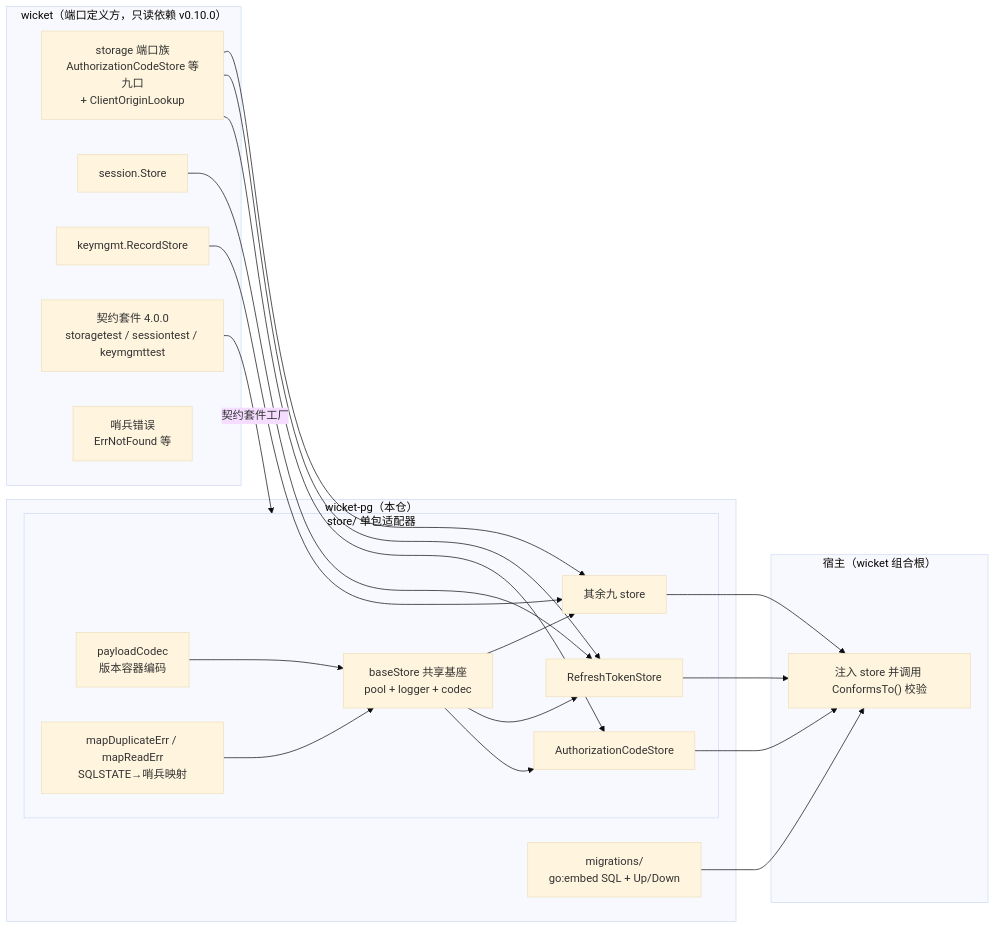
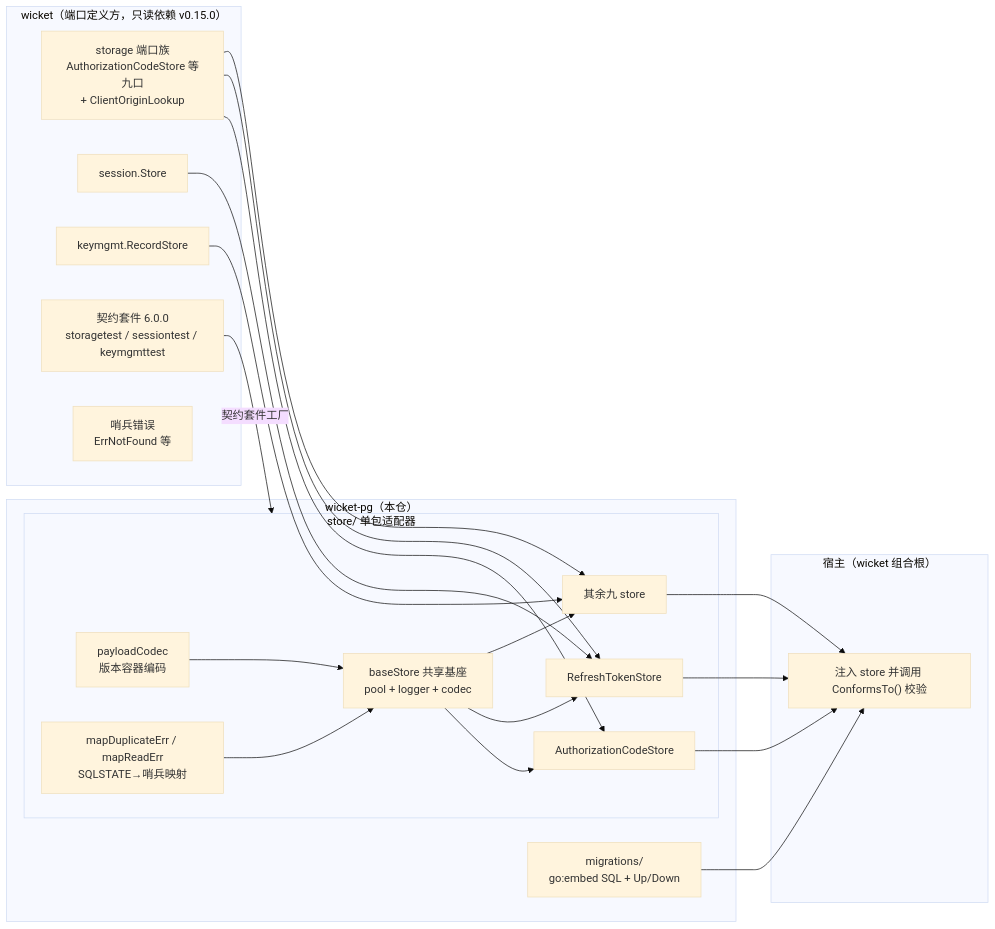
Before and after one commit to gonewx/wicket-pg: the first of 3 diagrams in docs/architecture.md, drawn with Mermaid (base theme). The commit also changed other lines of this file and 12 other files, not shown here.

````diff
--- a/docs/architecture.md
+++ b/docs/architecture.md
@@ -7,36 +7,36 @@
 ```mermaid
 flowchart LR
-    subgraph wicket["wicket（端口定义方，只读依赖 v0.10.0）"]
+    subgraph wicket["wicket（端口定义方，只读依赖 v0.15.0）"]
         P1["storage 端口族<br/>AuthorizationCodeStore 等九口<br/>+ ClientOriginLookup"]
         P2["session.Store"]
         P3["keymgmt.RecordStore"]
-        S["契约套件 4.0.0<br/>storagetest / sessiontest / keymgmttest"]
+        S["契约套件 6.0.0<br/>storagetest / sessiontest / keymgmttest"]
         E["哨兵错误<br/>ErrNotFound 等"]
     end
 
     subgraph adapter["wicket-pg（本仓）"]
         subgraph store["store/ 单包适配器"]
             B["baseStore 共享基座<br/>pool + logger + codec"]
             A1["AuthorizationCodeStore"]
             A2["RefreshTokenStore"]
             A3["其余九 store"]
             C["payloadCodec<br/>版本容器编码"]
             ERR["mapDuplicateErr / mapReadErr<br/>SQLSTATE→哨兵映射"]
         end
         M["migrations/<br/>go:embed SQL + Up/Down"]
     end
 
     subgraph host["宿主（wicket 组合根）"]
         H["注入 store 并调用 ConformsTo() 校验"]
     end
 
     P1 --> A1 & A2 & A3
     P2 --> A2
     P3 --> A3
     B --> A1 & A2 & A3
     C --> B
     ERR --> B
     S -->|"契约套件工厂"| store
     M --> H
     A1 & A2 & A3 --> H
 ```
````
